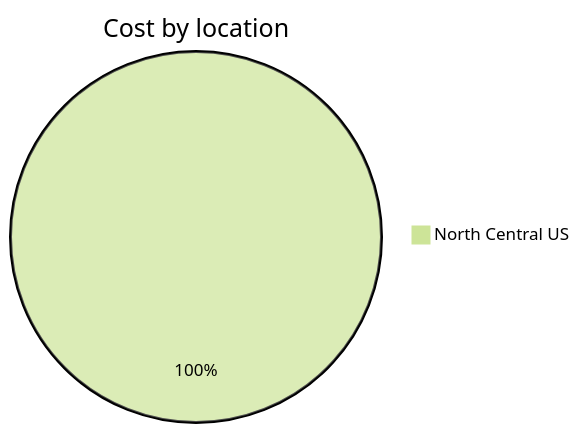
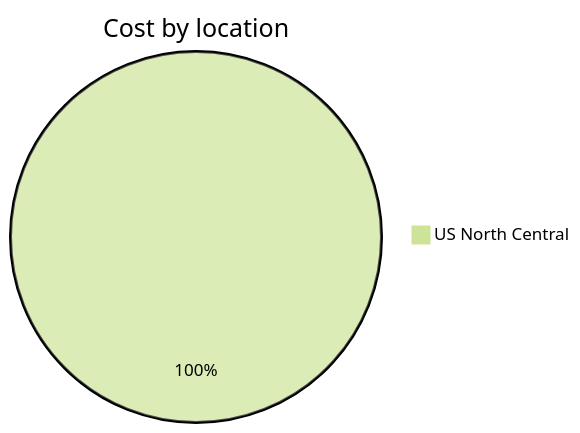
One commit to jpfulton/azure-personal-reports changed the third of 4 diagrams in cost-reports/personal-network/backup-server.md. Above: the diagram before and after it, drawn with Mermaid (forest theme). The commit also changed other lines of this file and 8 other files, not shown here.

````diff
--- a/cost-reports/personal-network/backup-server.md
+++ b/cost-reports/personal-network/backup-server.md
@@ -107,5 +107,5 @@
 ```mermaid
 pie
    title Cost by location
-   "North Central US" : 0.42
+   "US North Central" : 0.61
 ```
````
